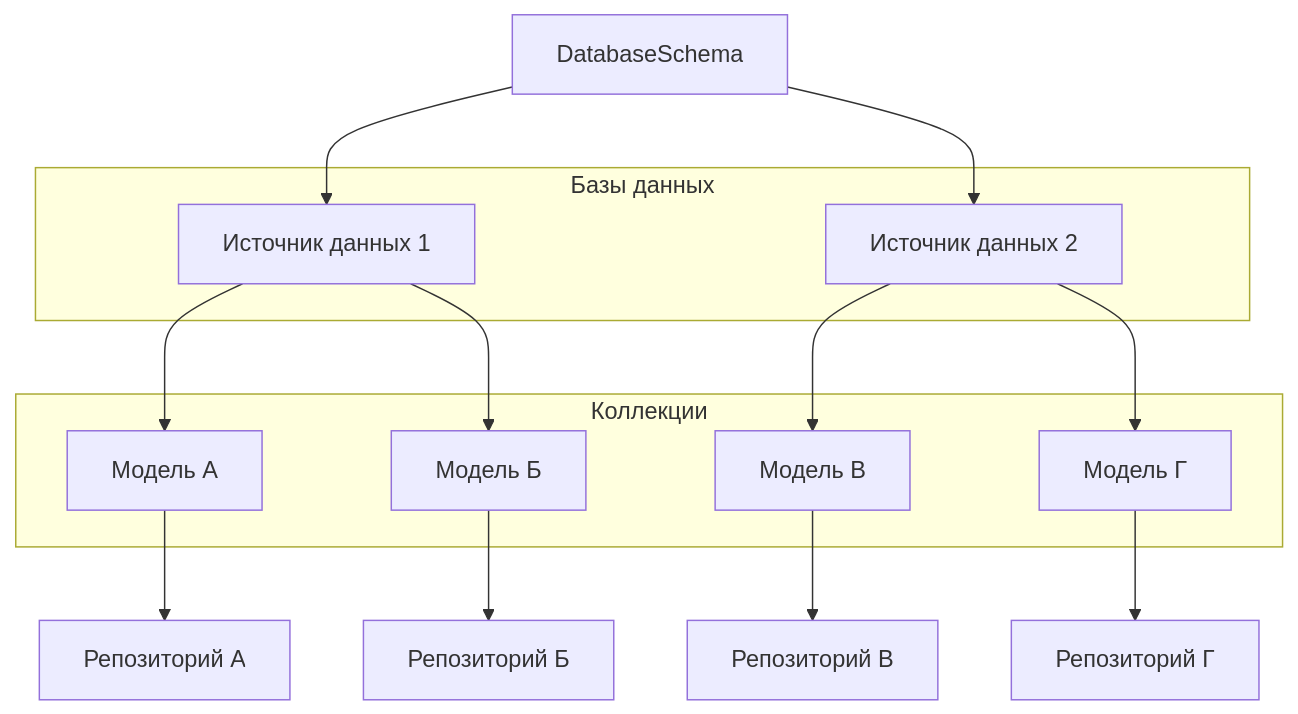
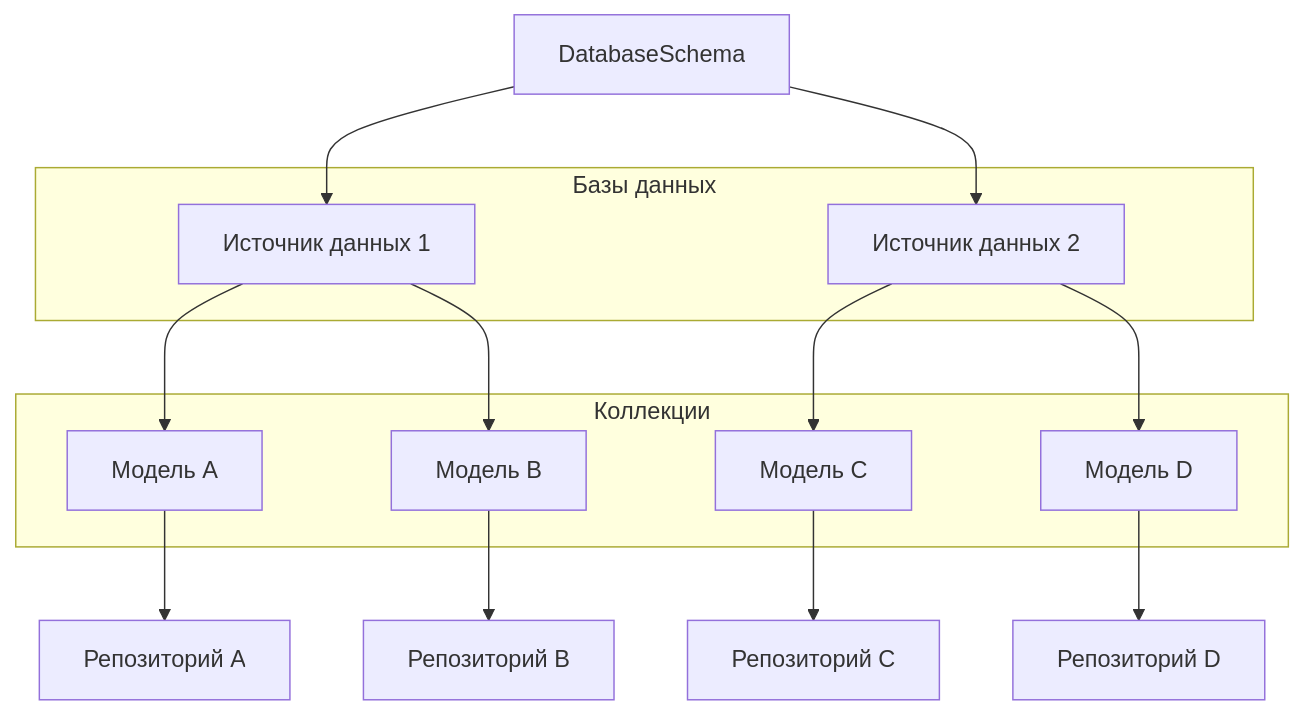
The diagram in README.md (e22m4u/js-repository), drawn with Mermaid before and after one commit.

````diff
--- a/README.md
+++ b/README.md
@@ -93,31 +93,31 @@
 ```mermaid
 flowchart TD
 
   A[DatabaseSchema]
   subgraph Базы данных
     B[Источник данных 1]
     C[Источник данных 2]
   end
   A-->B
   A-->C
 
   subgraph Коллекции
     D[Модель A]
-    E[Модель Б]
-    F[Модель В]
-    G[Модель Г]
+    E[Модель B]
+    F[Модель C]
+    G[Модель D]
   end
   B-->D
   B-->E
   C-->F
   C-->G
 
   H[Репозиторий A]
-  I[Репозиторий Б]
-  J[Репозиторий В]
-  K[Репозиторий Г]
+  I[Репозиторий B]
+  J[Репозиторий C]
+  K[Репозиторий D]
   D-->H
   E-->I
   F-->J
   G-->K
 ```
````
